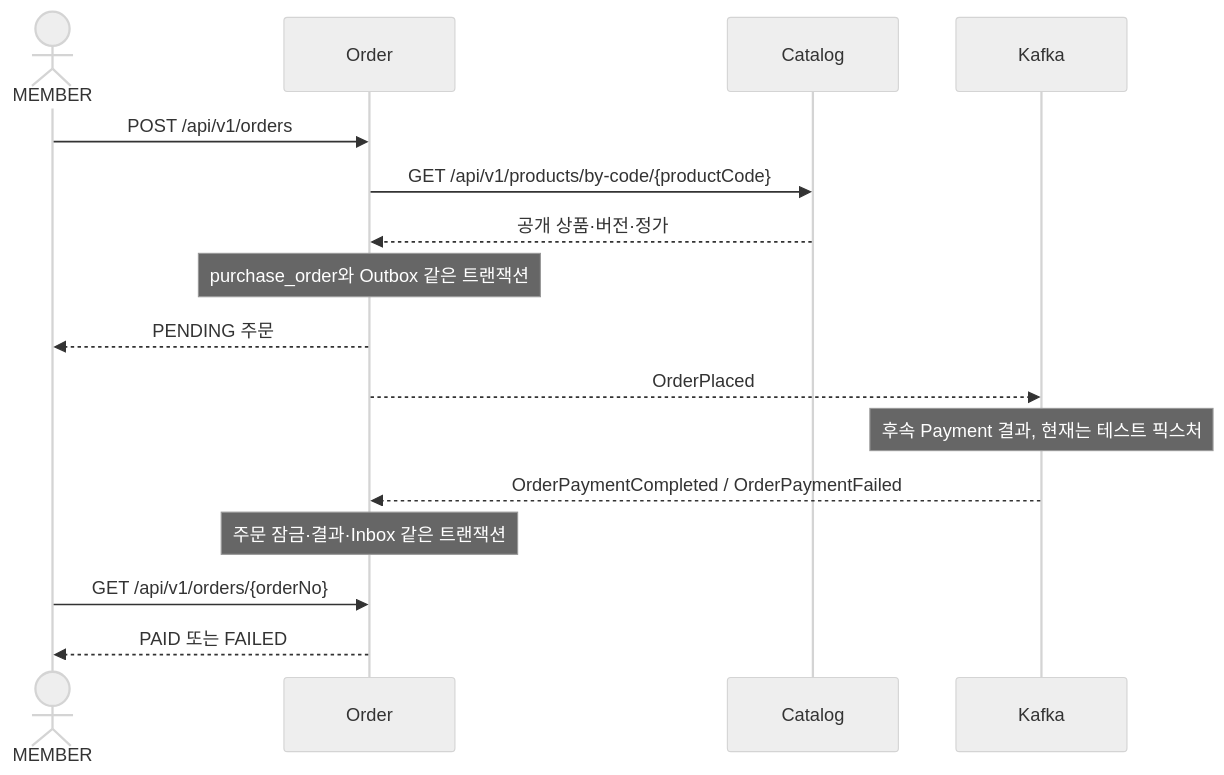
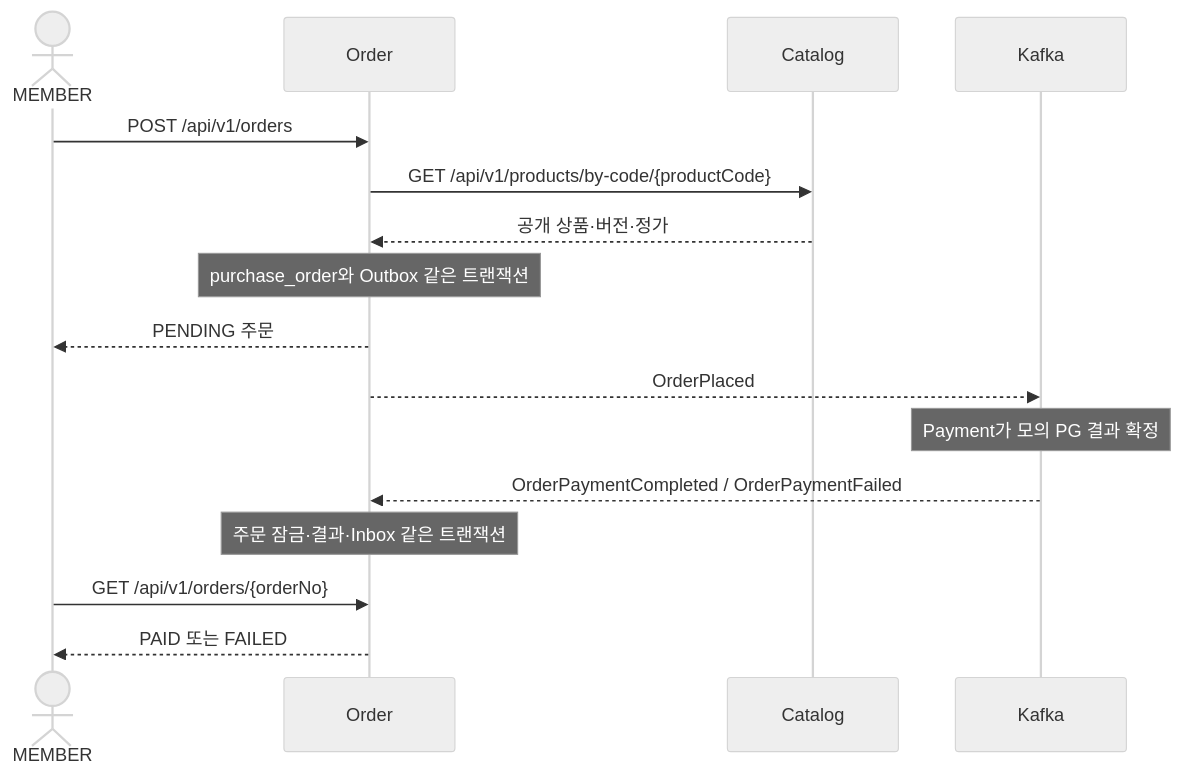
The diagram in docs/order-guide.md (tlswltjq/esd-platform), drawn with Mermaid (neutral theme) before and after one commit. The commit also changed other lines of this file and 179 other files, not shown here.

````diff
--- a/docs/order-guide.md
+++ b/docs/order-guide.md
@@ -18,18 +18,18 @@
 ```mermaid
 sequenceDiagram
     actor Buyer as MEMBER
     participant Order
     participant Catalog
     participant Kafka
     Buyer->>Order: POST /api/v1/orders
     Order->>Catalog: GET /api/v1/products/by-code/{productCode}
     Catalog-->>Order: 공개 상품·버전·정가
     Note over Order: purchase_order와 Outbox 같은 트랜잭션
     Order-->>Buyer: PENDING 주문
     Order-->>Kafka: OrderPlaced
-    Note over Kafka: 후속 Payment 결과, 현재는 테스트 픽스처
+    Note over Kafka: Payment가 모의 PG 결과 확정
     Kafka-->>Order: OrderPaymentCompleted / OrderPaymentFailed
     Note over Order: 주문 잠금·결과·Inbox 같은 트랜잭션
     Buyer->>Order: GET /api/v1/orders/{orderNo}
     Order-->>Buyer: PAID 또는 FAILED
 ```
````
